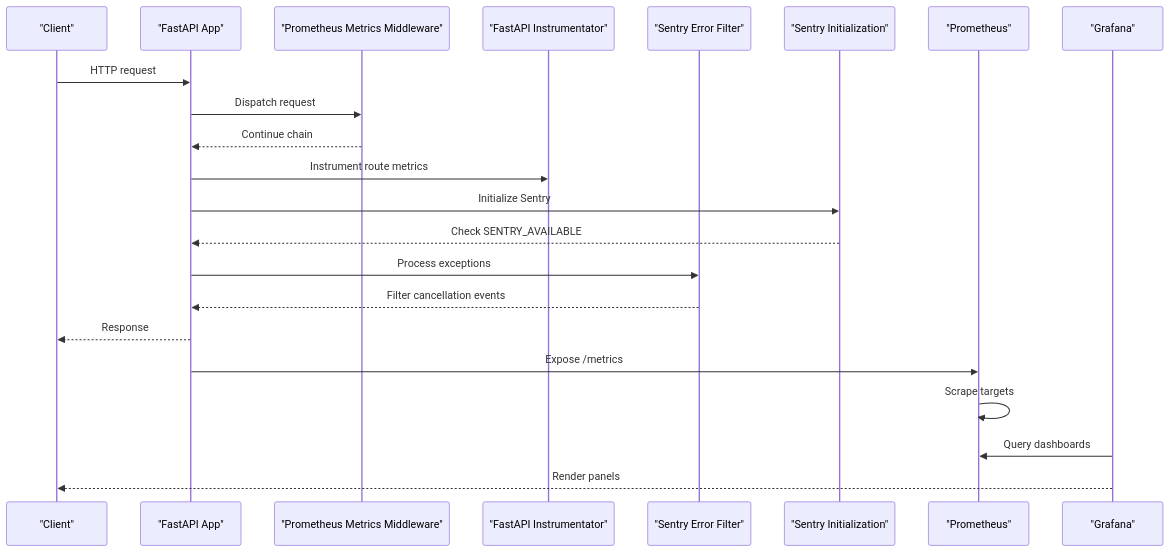
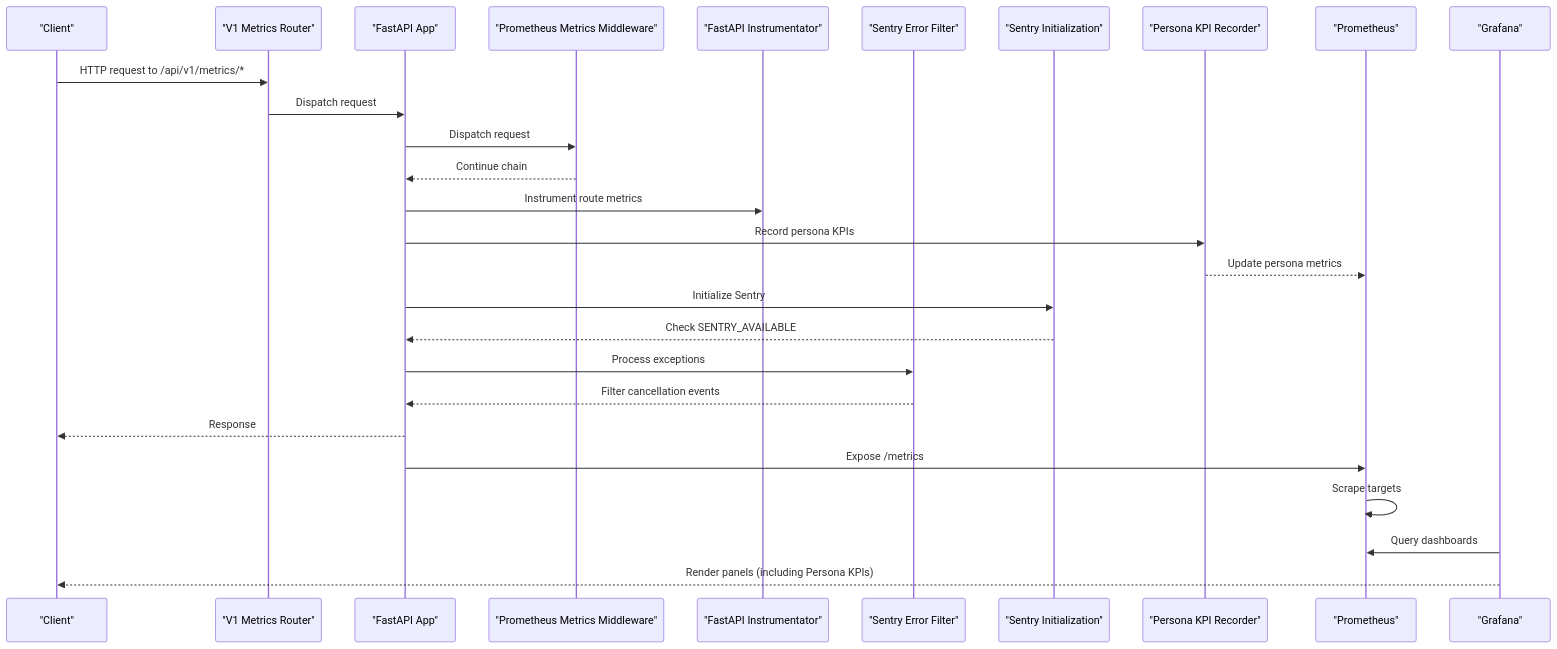
The second of 12 diagrams in .qoder/repowiki/en/content/Backend Development/Monitoring & Metrics.md (rohitkumarnaidu/-Auto-AI-Automated-Academic-Docx-Manuscript-Formatter), drawn with Mermaid before and after one commit. The commit also changed other lines of this file and 6 other files, not shown here.

````diff
--- a/.qoder/repowiki/en/content/Backend Development/Monitoring & Metrics.md
+++ b/.qoder/repowiki/en/content/Backend Development/Monitoring & Metrics.md
@@ -173,24 +195,29 @@
 ```mermaid
 sequenceDiagram
 participant Client as "Client"
+participant V1Router as "V1 Metrics Router"
 participant App as "FastAPI App"
 participant PromMW as "Prometheus Metrics Middleware"
 participant Inst as "FastAPI Instrumentator"
 participant Sentry as "Sentry Error Filter"
 participant SentryInit as "Sentry Initialization"
+participant PersonaKPI as "Persona KPI Recorder"
 participant Prom as "Prometheus"
 participant Graf as "Grafana"
-Client->>App : HTTP request
+Client->>V1Router : HTTP request to /api/v1/metrics/*
+V1Router->>App : Dispatch request
 App->>PromMW : Dispatch request
 PromMW-->>App : Continue chain
 App->>Inst : Instrument route metrics
+App->>PersonaKPI : Record persona KPIs
+PersonaKPI-->>Prom : Update persona metrics
 App->>SentryInit : Initialize Sentry
 SentryInit-->>App : Check SENTRY_AVAILABLE
 App->>Sentry : Process exceptions
 Sentry-->>App : Filter cancellation events
 App-->>Client : Response
 App->>Prom : Expose /metrics
 Prom->>Prom : Scrape targets
 Graf->>Prom : Query dashboards
-Graf-->>Client : Render panels
+Graf-->>Client : Render panels (including Persona KPIs)
 ```
````
